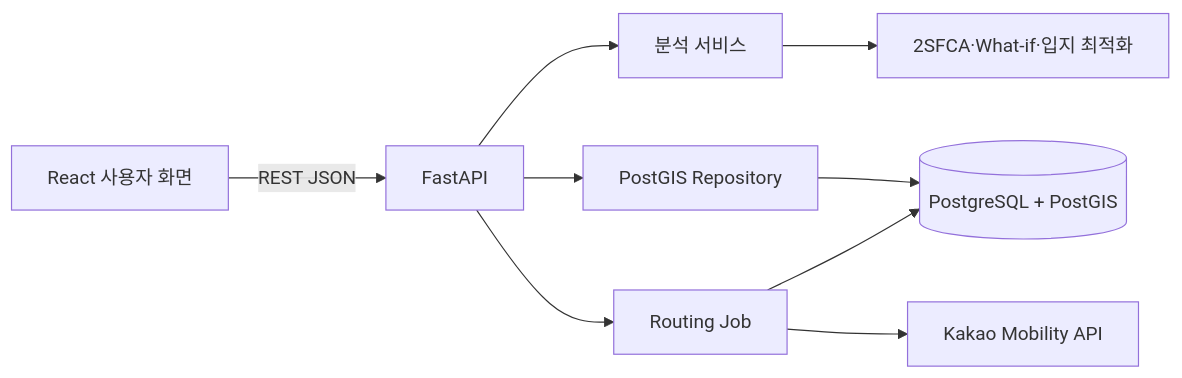
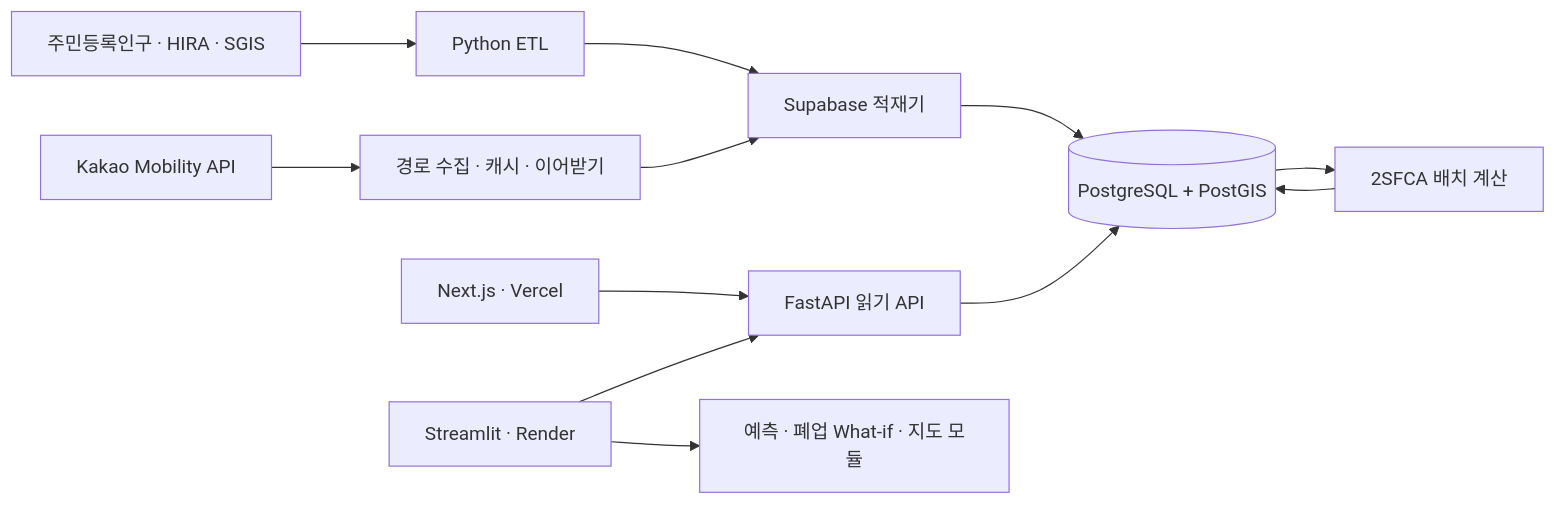
The diagram in PORTFOLIO_GUIDE.md (shn6029/regional-medical-risk), drawn with Mermaid before and after one commit. The commit also changed other lines of this file and 2 other files, not shown here.

````diff
--- a/PORTFOLIO_GUIDE.md
+++ b/PORTFOLIO_GUIDE.md
@@ -474,11 +449,14 @@
 ```mermaid
 flowchart LR
-    U["React 사용자 화면"] -->|"REST JSON"| A["FastAPI"]
-    A --> S["분석 서비스"]
-    A --> R["PostGIS Repository"]
-    S --> M["2SFCA·What-if·입지 최적화"]
-    R --> D[("PostgreSQL + PostGIS")]
-    A --> J["Routing Job"]
-    J --> K["Kakao Mobility API"]
-    J --> D
+    A["주민등록인구 · HIRA · SGIS"] --> E["Python ETL"]
+    K["Kakao Mobility API"] --> R["경로 수집 · 캐시 · 이어받기"]
+    E --> L["Supabase 적재기"]
+    R --> L
+    L --> D[("PostgreSQL + PostGIS")]
+    D --> B["2SFCA 배치 계산"]
+    B --> D
+    N["Next.js · Vercel"] --> F["FastAPI 읽기 API"]
+    S["Streamlit · Render"] --> F
+    F --> D
+    S --> M["예측 · 폐업 What-if · 지도 모듈"]
 ```
````
